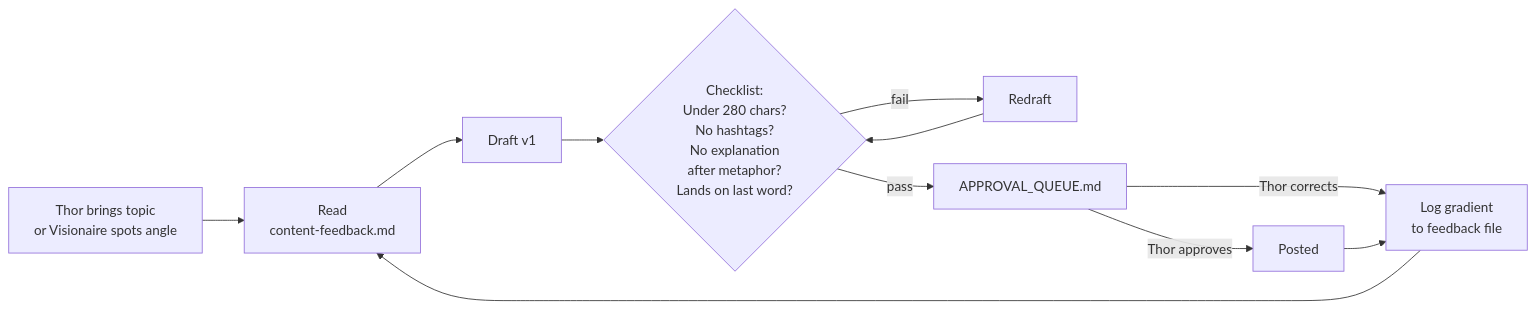
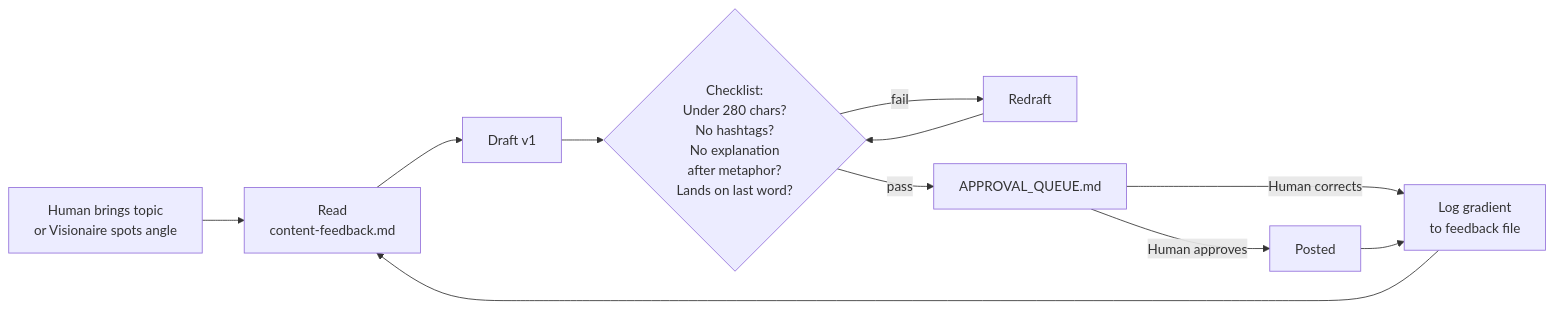
Before and after one commit to VisionaireLabs/Visionaire: the second of 5 diagrams in DIAGRAM.md, drawn with Mermaid. The commit also changed other lines of this file and 7 other files, not shown here.

````diff
--- a/DIAGRAM.md
+++ b/DIAGRAM.md
@@ -52,14 +52,14 @@
 ```mermaid
 flowchart LR
-    IDEA[Thor brings topic\nor Visionaire spots angle] 
+    IDEA[Human brings topic\nor Visionaire spots angle] 
     --> FB[Read\ncontent-feedback.md]
     --> DRAFT[Draft v1]
     --> CHECK{Checklist:\nUnder 280 chars?\nNo hashtags?\nNo explanation\nafter metaphor?\nLands on last word?}
     CHECK -->|fail| REDRAFT[Redraft]
     REDRAFT --> CHECK
     CHECK -->|pass| QUEUE[APPROVAL_QUEUE.md]
-    QUEUE -->|Thor approves| POST[Posted]
-    QUEUE -->|Thor corrects| LOG[Log gradient\nto feedback file]
+    QUEUE -->|Human approves| POST[Posted]
+    QUEUE -->|Human corrects| LOG[Log gradient\nto feedback file]
     POST --> LOG
     LOG --> FB
 ```
````
